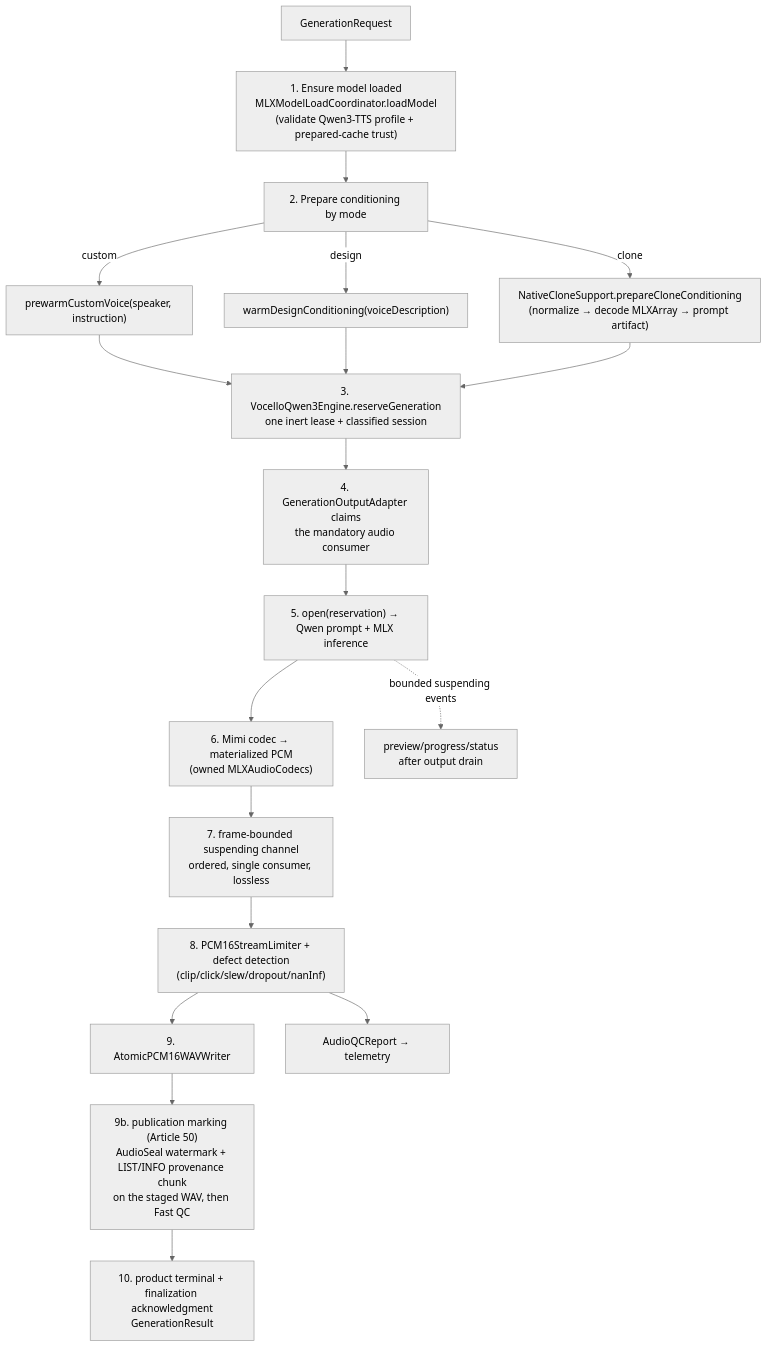
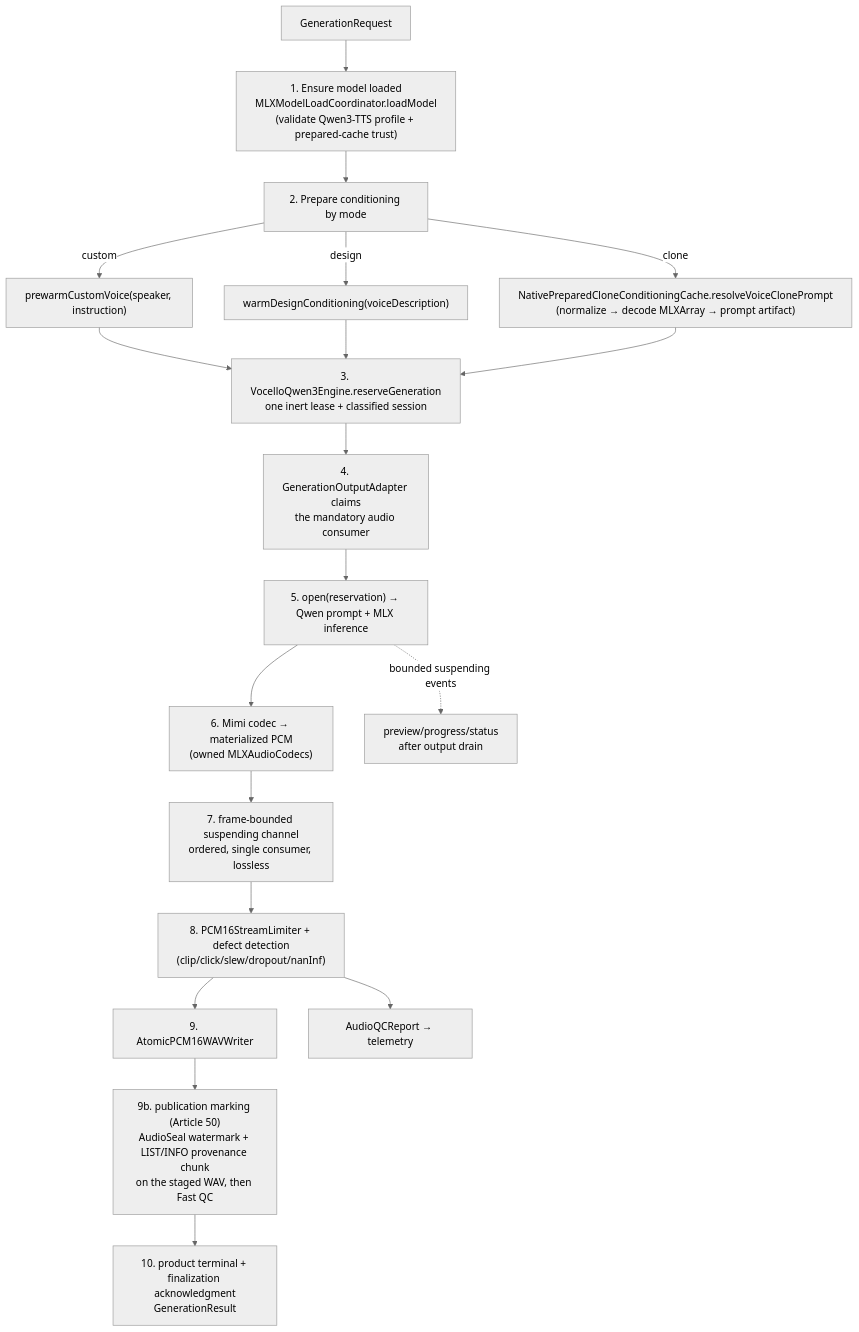
One commit to PowerBeef/Vocello changed the third of 5 diagrams in docs/ARCHITECTURE.md. Above: the diagram before and after it, drawn with Mermaid (neutral theme). The commit also changed other lines of this file and 22 other files, not shown here.

````diff
--- a/docs/ARCHITECTURE.md
+++ b/docs/ARCHITECTURE.md
@@ -332,21 +332,21 @@
 ```mermaid
 flowchart TD
     Req["GenerationRequest"] --> Ensure["1. Ensure model loaded<br/>MLXModelLoadCoordinator.loadModel<br/>(validate Qwen3-TTS profile + prepared-cache trust)"]
     Ensure --> Cond["2. Prepare conditioning by mode"]
     Cond -->|"custom"| CW["prewarmCustomVoice(speaker, instruction)"]
     Cond -->|"design"| DW["warmDesignConditioning(voiceDescription)"]
-    Cond -->|"clone"| CL["NativeCloneSupport.prepareCloneConditioning<br/>(normalize → decode MLXArray → prompt artifact)"]
+    Cond -->|"clone"| CL["NativePreparedCloneConditioningCache.resolveVoiceClonePrompt<br/>(normalize → decode MLXArray → prompt artifact)"]
     CW --> Reserve
     DW --> Reserve
     CL --> Reserve
     Reserve["3. VocelloQwen3Engine.reserveGeneration<br/>one inert lease + classified session"] --> Bind["4. GenerationOutputAdapter claims<br/>the mandatory audio consumer"]
     Bind --> Open["5. open(reservation) → Qwen prompt + MLX inference"]
     Open --> Codec["6. Mimi codec → materialized PCM<br/>(owned MLXAudioCodecs)"]
     Codec --> Channel["7. frame-bounded suspending channel<br/>ordered, single consumer, lossless"]
     Channel --> Lim["8. PCM16StreamLimiter + defect detection<br/>(clip/click/slew/dropout/nanInf)"]
     Lim --> WAV["9. AtomicPCM16WAVWriter"]
     WAV --> Mark["9b. publication marking (Article 50)<br/>AudioSeal watermark + LIST/INFO provenance chunk<br/>on the staged WAV, then Fast QC"]
     Mark --> Out["10. product terminal + finalization acknowledgment<br/>GenerationResult"]
     Open -.->|"bounded suspending events"| Ev["preview/progress/status<br/>after output drain"]
     Lim --> QC["AudioQCReport → telemetry"]
 ```
````
